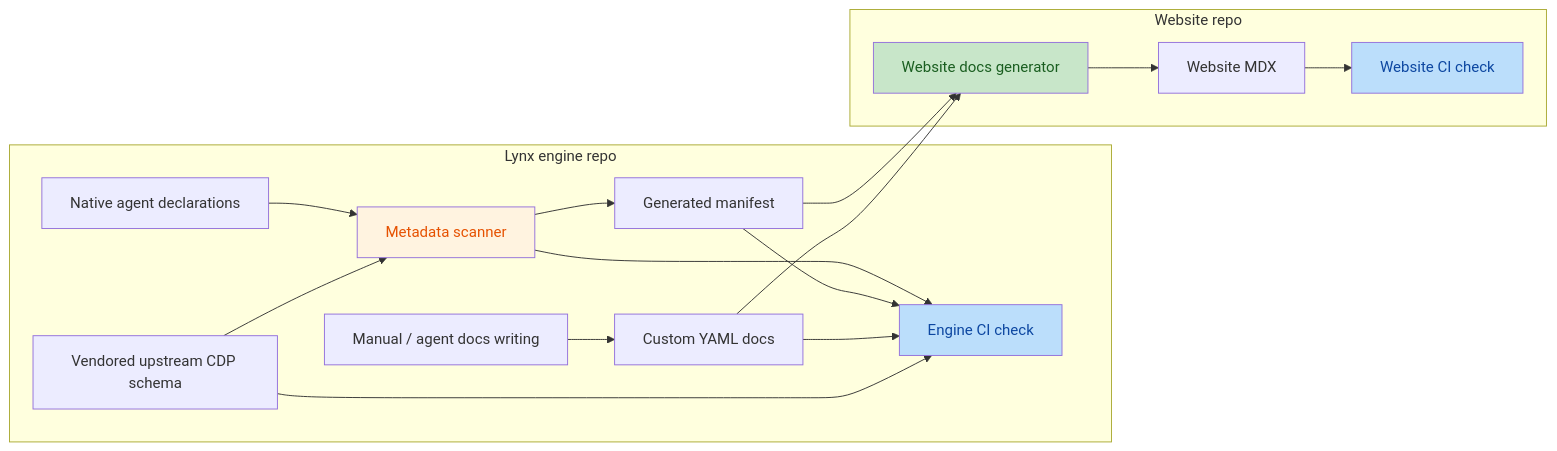
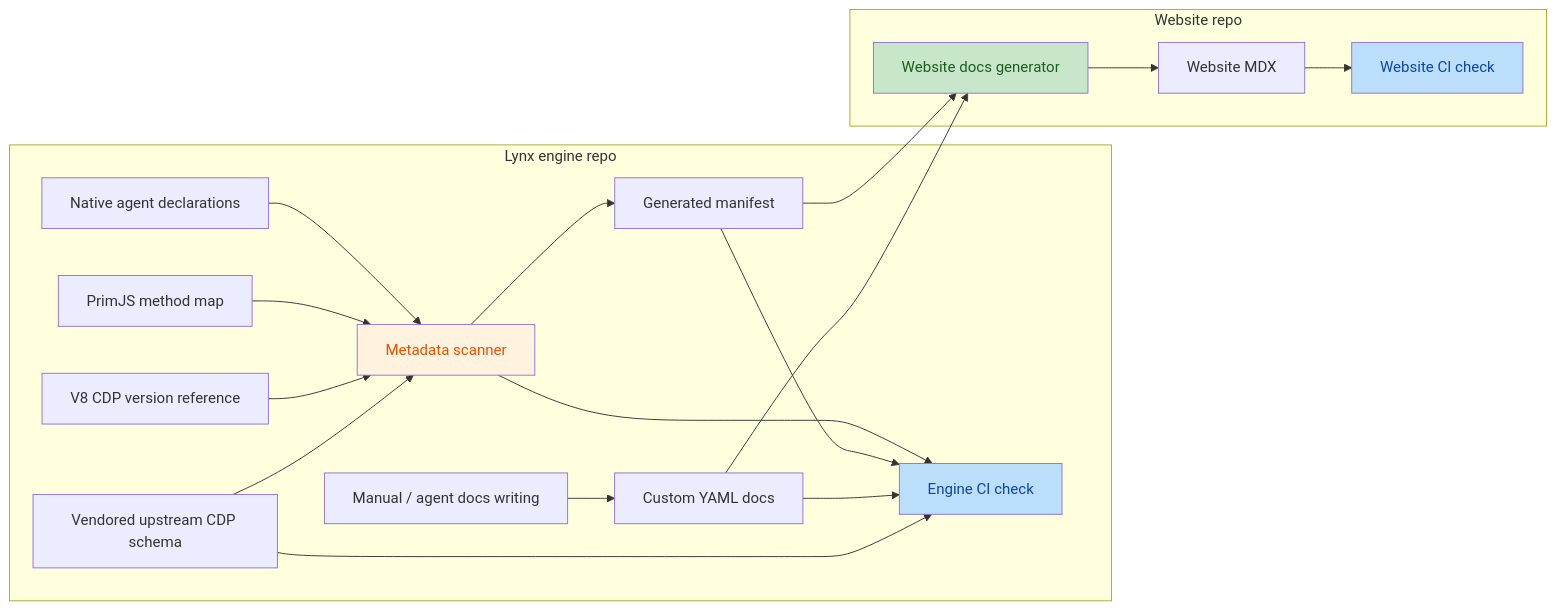
One commit to lynx-family/lynx changed the diagram in devtool/lynx_devtool/protocol/cdp_metadata_workflow.md. Above: the diagram before and after it, drawn with Mermaid. The commit also changed other lines of this file and 3 other files, not shown here.

````diff
--- a/devtool/lynx_devtool/protocol/cdp_metadata_workflow.md
+++ b/devtool/lynx_devtool/protocol/cdp_metadata_workflow.md
@@ -5,26 +5,28 @@
 ```mermaid
 flowchart LR
     subgraph Engine["Lynx engine repo"]
         A["Native agent declarations"] --> B["Metadata scanner"]
+        Q["PrimJS method map"] --> B
+        V["V8 CDP version reference"] --> B
         U["Vendored upstream CDP schema"] --> B
         B --> C["Generated manifest"]
         M["Manual / agent docs writing"] --> F["Custom YAML docs"]
         B --> G["Engine CI check"]
         C --> G
         F --> G
         U --> G
     end
 
     subgraph Website["Website repo"]
         D["Website docs generator"] --> E["Website MDX"]
         E --> W["Website CI check"]
     end
 
     C --> D
     F --> D
 
     style B fill:#fff3e0,color:#e65100
     style G fill:#bbdefb,color:#0d47a1
     style D fill:#c8e6c9,color:#1a5e20
     style W fill:#bbdefb,color:#0d47a1
 ```
````
